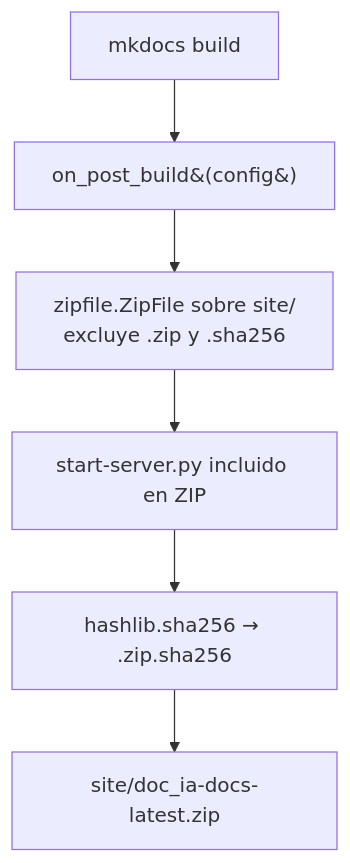
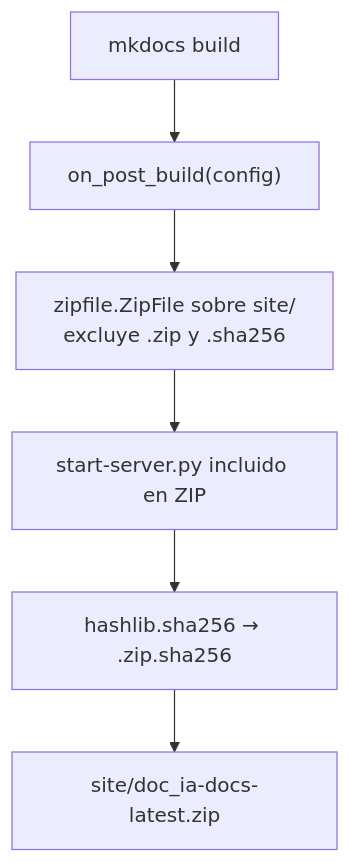
One commit to fmanza/doc_ia changed the second of 2 diagrams in docs/api/build_docs_zip.md. Above: the diagram before and after it, drawn with Mermaid. The commit also changed 12 other files, not shown here.

First line of the commit message:
fix(docs): etiquetas Mermaid entre comillas en lugar de entidades HTML

````diff
--- a/docs/api/build_docs_zip.md
+++ b/docs/api/build_docs_zip.md
@@ -45,8 +45,8 @@
 ```mermaid
 flowchart TD
-    MK[mkdocs build] --> H[on_post_build&#40;config&#41;]
+    MK[mkdocs build] --> H["on_post_build(config)"]
     H --> Z[zipfile.ZipFile sobre site/\nexcluye .zip y .sha256]
     Z --> S[start-server.py incluido en ZIP]
     S --> C2[hashlib.sha256 → .zip.sha256]
     C2 --> OUT[site/doc_ia-docs-latest.zip]
 ```
````
